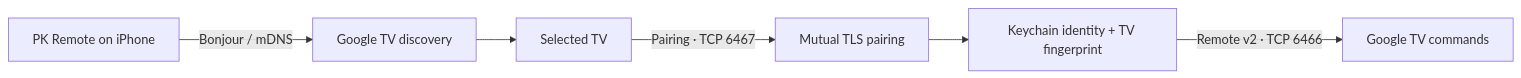
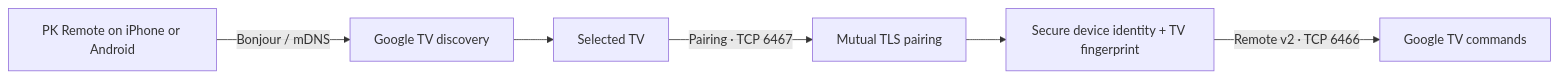
The diagram in README.md (praveenkonakanchi/PK-Remote), drawn with Mermaid before and after one commit. The commit also changed other lines of this file and 20 other files, not shown here.

Commit message:
feat: add Android Google TV connectivity

````diff
--- a/README.md
+++ b/README.md
@@ -57,8 +57,8 @@
 ```mermaid
 flowchart LR
-    A["PK Remote on iPhone"] -->|"Bonjour / mDNS"| B["Google TV discovery"]
+    A["PK Remote on iPhone or Android"] -->|"Bonjour / mDNS"| B["Google TV discovery"]
     B --> C["Selected TV"]
     C -->|"Pairing · TCP 6467"| D["Mutual TLS pairing"]
-    D --> E["Keychain identity + TV fingerprint"]
+    D --> E["Secure device identity + TV fingerprint"]
     E -->|"Remote v2 · TCP 6466"| F["Google TV commands"]
 ```
````
